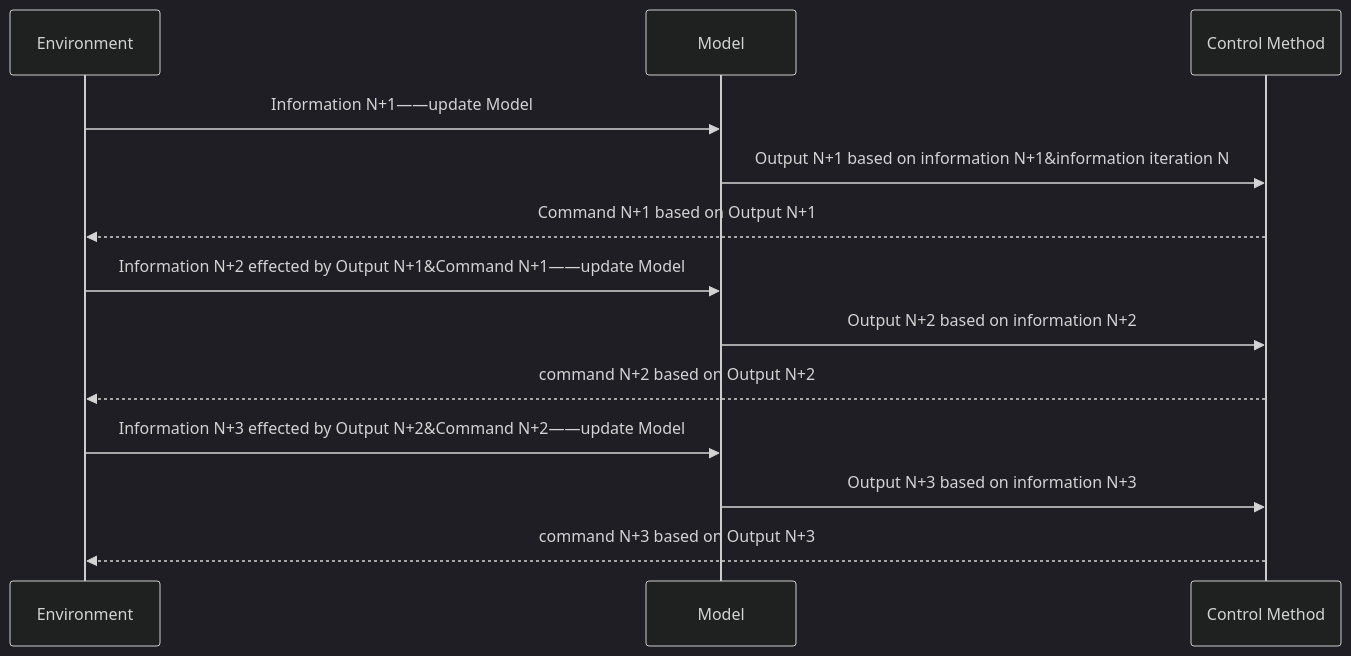
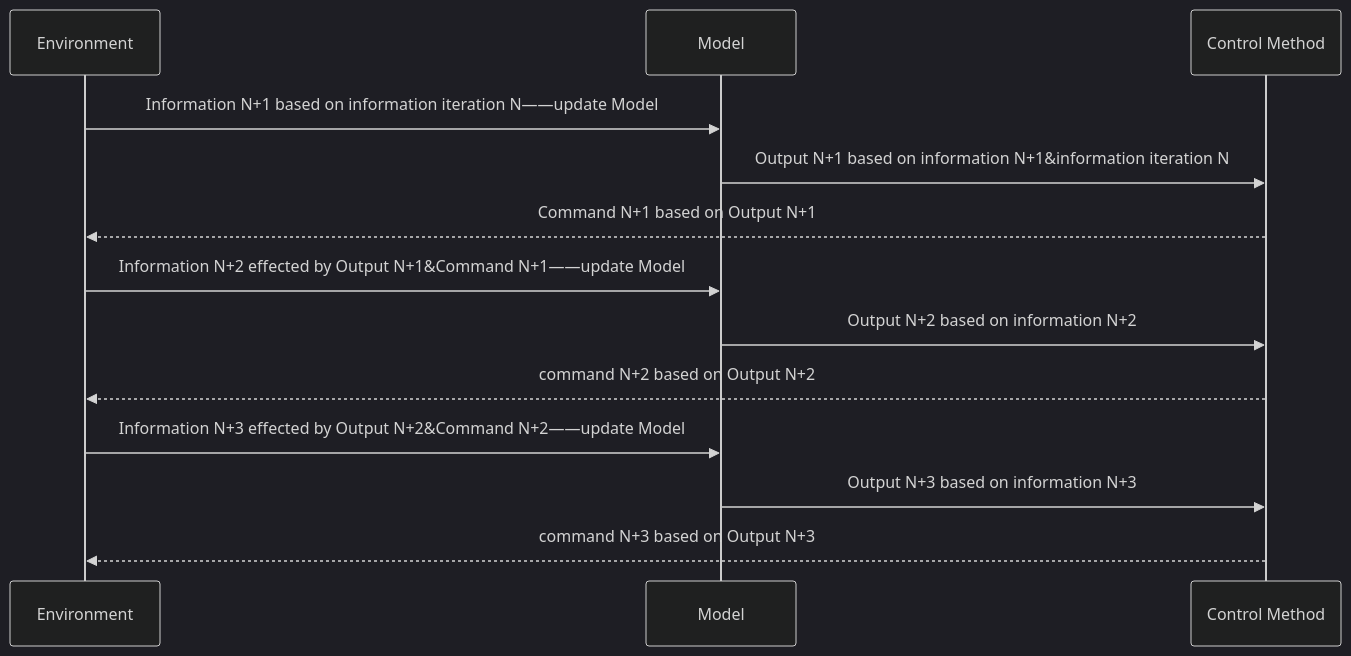
The second of 2 diagrams in content/posts/blog12/index.md (Hurricane-k/carry-bio), drawn with Mermaid (dark theme) before and after one commit. The commit also changed 1 other file, not shown here.

Commit message:
update blog 12

```diff
--- a/content/posts/blog12/index.md
+++ b/content/posts/blog12/index.md
@@ -28,14 +28,14 @@
-{{<mermaid align="center">}}
+{{<mermaid>}}
 sequenceDiagram 
-    Environment ->> Model: Information N+1——update Model
+    Environment ->> Model: Information N+1 based on information iteration N——update Model
     Model ->> Control Method: Output N+1 based on information N+1&information iteration N
     Control Method-->> Environment: Command N+1 based on Output N+1
 
     Environment ->> Model: Information N+2 effected by Output N+1&Command N+1——update Model
     Model ->> Control Method: Output N+2 based on information N+2
     Control Method-->> Environment: command N+2 based on Output N+2
 
     Environment ->> Model: Information N+3 effected by Output N+2&Command N+2——update Model
     Model ->> Control Method: Output N+3 based on information N+3
     Control Method-->> Environment: command N+3 based on Output N+3
 {{</mermaid>}}
```
